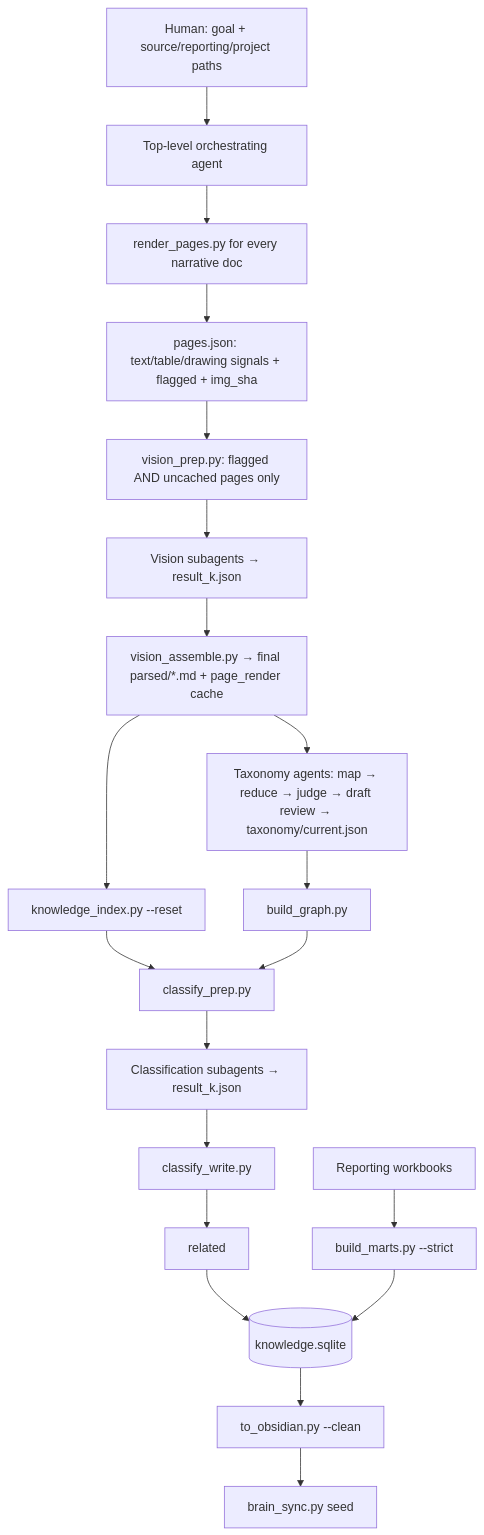
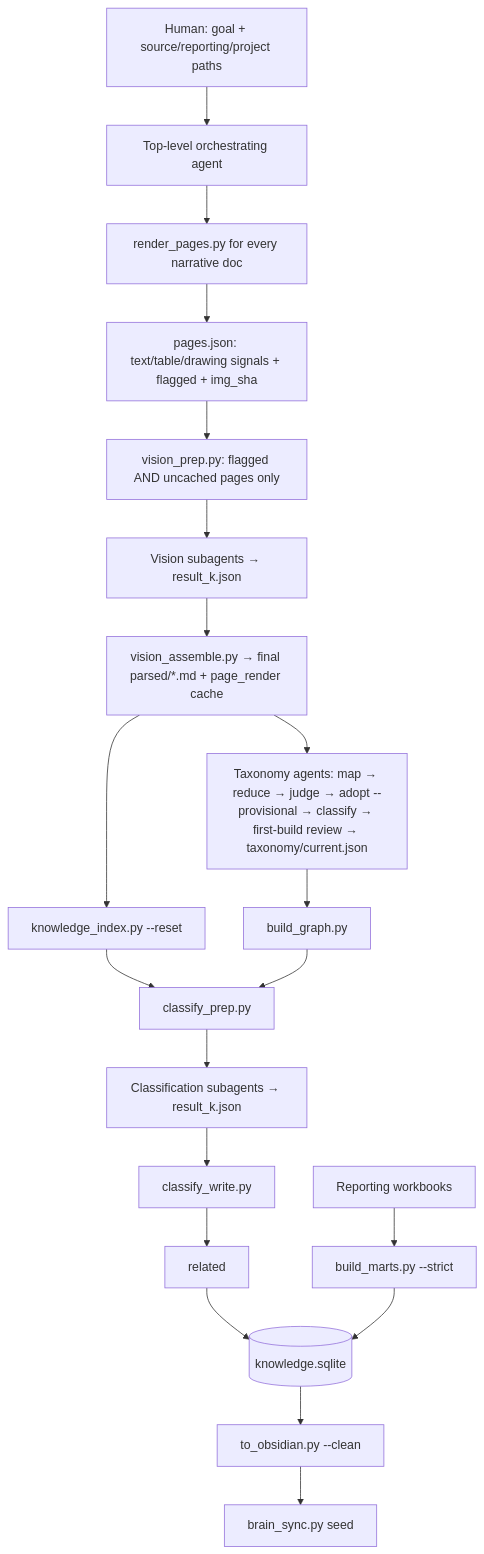
The fifth of 7 diagrams in bundles/brain/README.md (onetest-ai/applied_skills), drawn with Mermaid before and after one commit. The commit also changed other lines of this file and 6 other files, not shown here.

First line of the commit message:
docs(brain): 0.9.0 — first-build review after classification, grounded in counts

````diff
--- a/bundles/brain/README.md
+++ b/bundles/brain/README.md
@@ -270,21 +270,21 @@
 ```mermaid
 flowchart TD
     H["Human: goal + source/reporting/project paths"] --> O["Top-level orchestrating agent"]
     O --> R["render_pages.py for every narrative doc"]
     R --> P["pages.json: text/table/drawing signals + flagged + img_sha"]
     P --> VP["vision_prep.py: flagged AND uncached pages only"]
     VP --> VA["Vision subagents → result_k.json"]
     VA --> AS["vision_assemble.py → final parsed/*.md + page_render cache"]
-    AS --> TX["Taxonomy agents: map → reduce → judge → draft review → taxonomy/current.json"]
+    AS --> TX["Taxonomy agents: map → reduce → judge → adopt --provisional → classify → first-build review → taxonomy/current.json"]
     AS --> IX["knowledge_index.py --reset"]
     TX --> GR["build_graph.py"]
     IX --> CP["classify_prep.py"]
     GR --> CP
     CP --> CA["Classification subagents → result_k.json"]
     CA --> CW["classify_write.py"]
     CW --> REL["related"]
     REL --> DB[("knowledge.sqlite")]
     X["Reporting workbooks"] --> M["build_marts.py --strict"] --> DB
     DB --> V["to_obsidian.py --clean"]
     V --> S["brain_sync.py seed"]
 ```
````
